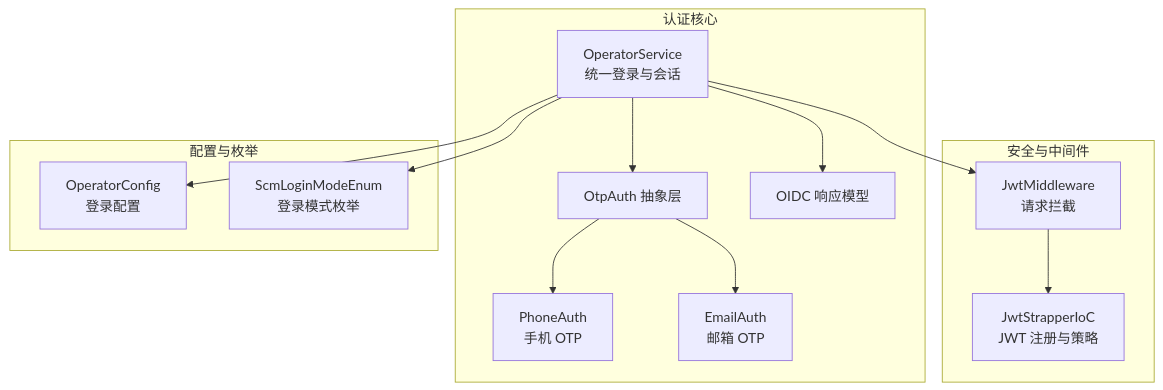
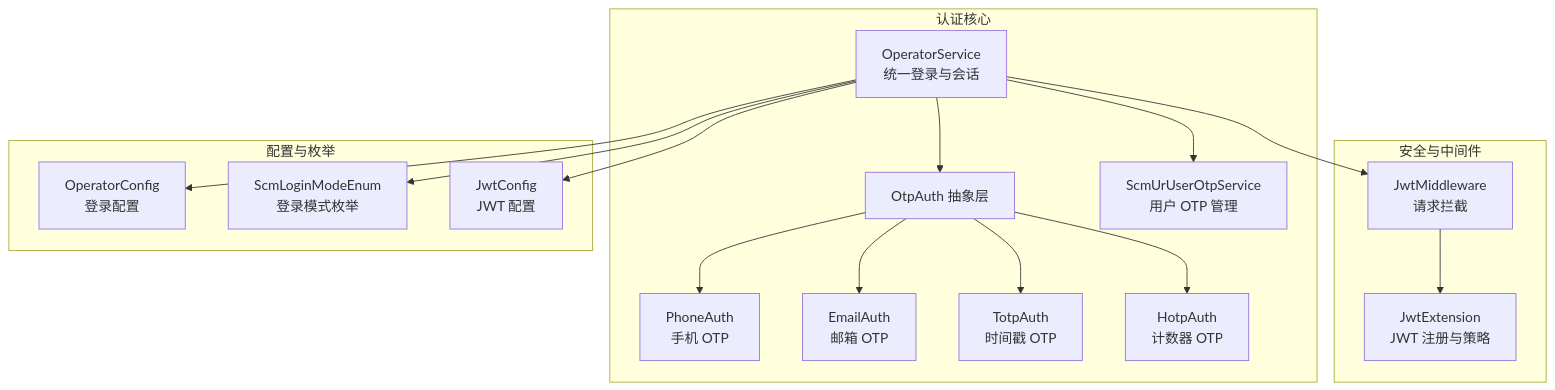
The first of 7 diagrams in .qoder/repowiki/zh/content/用户认证系统/用户认证系统.md (leadiot/Scm.Net), drawn with Mermaid before and after one commit. The commit also changed other lines of this file and 126 other files, not shown here.

````diff
--- a/.qoder/repowiki/zh/content/用户认证系统/用户认证系统.md
+++ b/.qoder/repowiki/zh/content/用户认证系统/用户认证系统.md
@@ -48,26 +67,32 @@
 ```mermaid
 graph TB
 subgraph "认证核心"
 OP["OperatorService<br/>统一登录与会话"]
 OTP["OtpAuth 抽象层"]
 PH["PhoneAuth<br/>手机 OTP"]
 EM["EmailAuth<br/>邮箱 OTP"]
-OIDC["OIDC 响应模型"]
+TOTP["TotpAuth<br/>时间戳 OTP"]
+HOTP["HotpAuth<br/>计数器 OTP"]
+USEROTP["ScmUrUserOtpService<br/>用户 OTP 管理"]
 end
 subgraph "安全与中间件"
 JM["JwtMiddleware<br/>请求拦截"]
-JI["JwtStrapperIoC<br/>JWT 注册与策略"]
+JE["JwtExtension<br/>JWT 注册与策略"]
 end
 subgraph "配置与枚举"
 OC["OperatorConfig<br/>登录配置"]
 LM["ScmLoginModeEnum<br/>登录模式枚举"]
+JC["JwtConfig<br/>JWT 配置"]
 end
 OP --> OTP
 OTP --> PH
 OTP --> EM
-OP --> OIDC
+OTP --> TOTP
+OTP --> HOTP
+OP --> USEROTP
 OP --> JM
-JM --> JI
+JM --> JE
 OP --> OC
 OP --> LM
+OP --> JC
 ```
````
